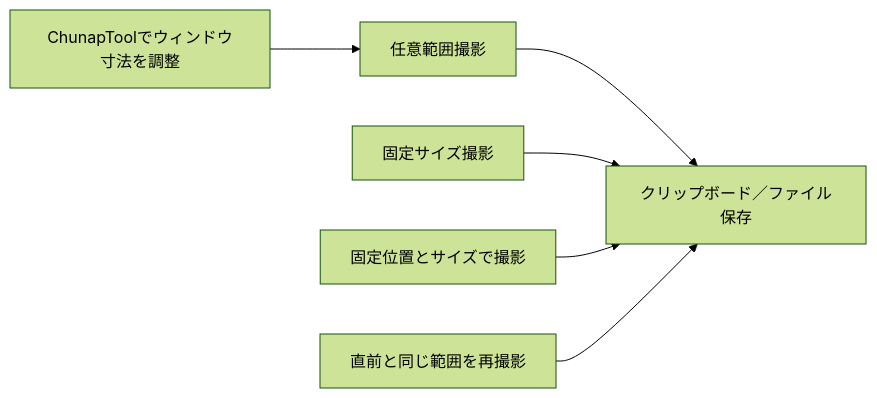
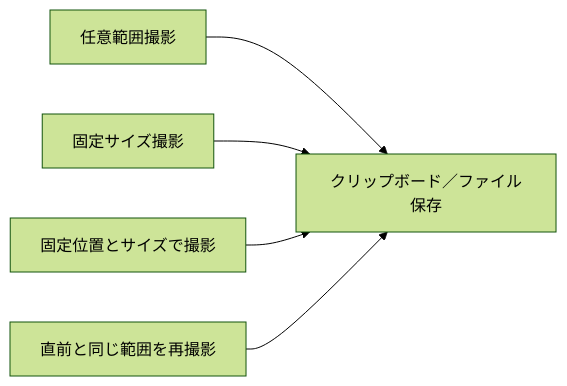
The first of 3 diagrams in README.md (KotorinChunChun/SSCapture), drawn with Mermaid (forest theme) before and after one commit. The commit also changed other lines of this file, not shown here.

Commit message:
想定活用フローを一般化し連携ツールの図を追加する

````diff
--- a/README.md
+++ b/README.md
@@ -9,8 +9,7 @@
 ```mermaid
 flowchart LR
-    resize["ChunapToolでウィンドウ寸法を調整"] --> area["任意範囲撮影"]
-    area --> output["クリップボード／ファイル保存"]
+    area["任意範囲撮影"] --> output["クリップボード／ファイル保存"]
     size["固定サイズ撮影"] --> output
     position["固定位置とサイズで撮影"] --> output
     repeat["直前と同じ範囲を再撮影"] --> output
 ```
````
